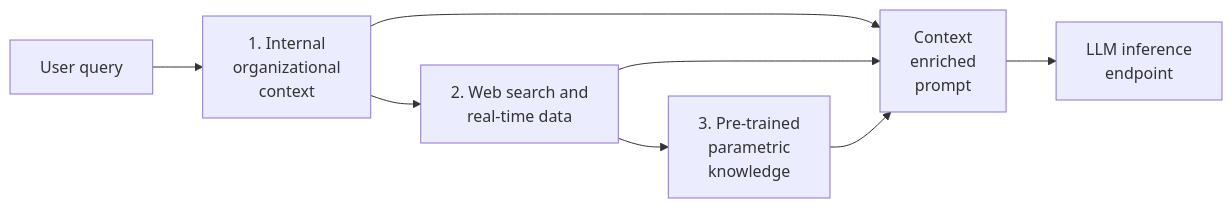
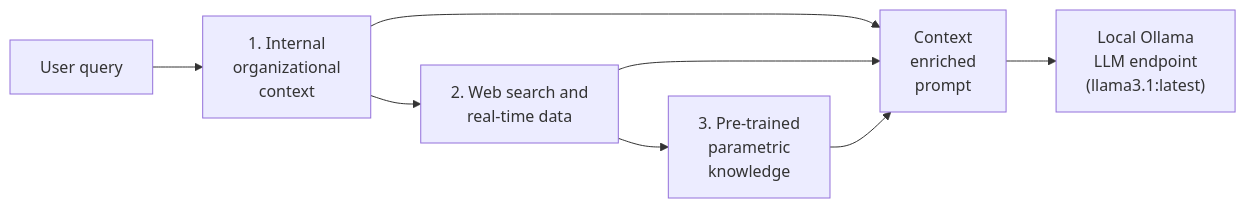
The diagram in README.MD (panxiaoyan225-sudo/Agentic_RAG_Pipeline), drawn with Mermaid before and after one commit. The commit also changed other lines of this file and 1 other file, not shown here.

Commit message:
Local Ollama Integration

````diff
--- a/README.MD
+++ b/README.MD
@@ -13,10 +13,10 @@
 ```mermaid
 flowchart LR
     Q["User query"] --> R1["1. Internal<br>organizational<br>context"]
     R1 --> R2["2. Web search and<br>real-time data"]
     R2 --> R3["3. Pre-trained<br>parametric<br>knowledge"]
     R1 --> P["Context<br>enriched<br>prompt"]
     R2 --> P
     R3 --> P
-    P --> LLM["LLM inference<br>endpoint"]
+    P --> LLM["Local Ollama<br>LLM endpoint<br>(llama3.1:latest)"]
 ```
````
